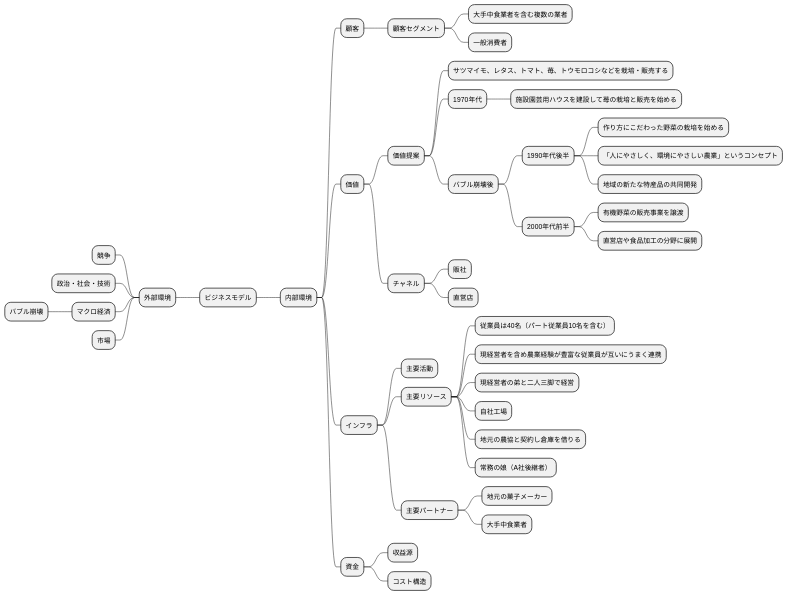
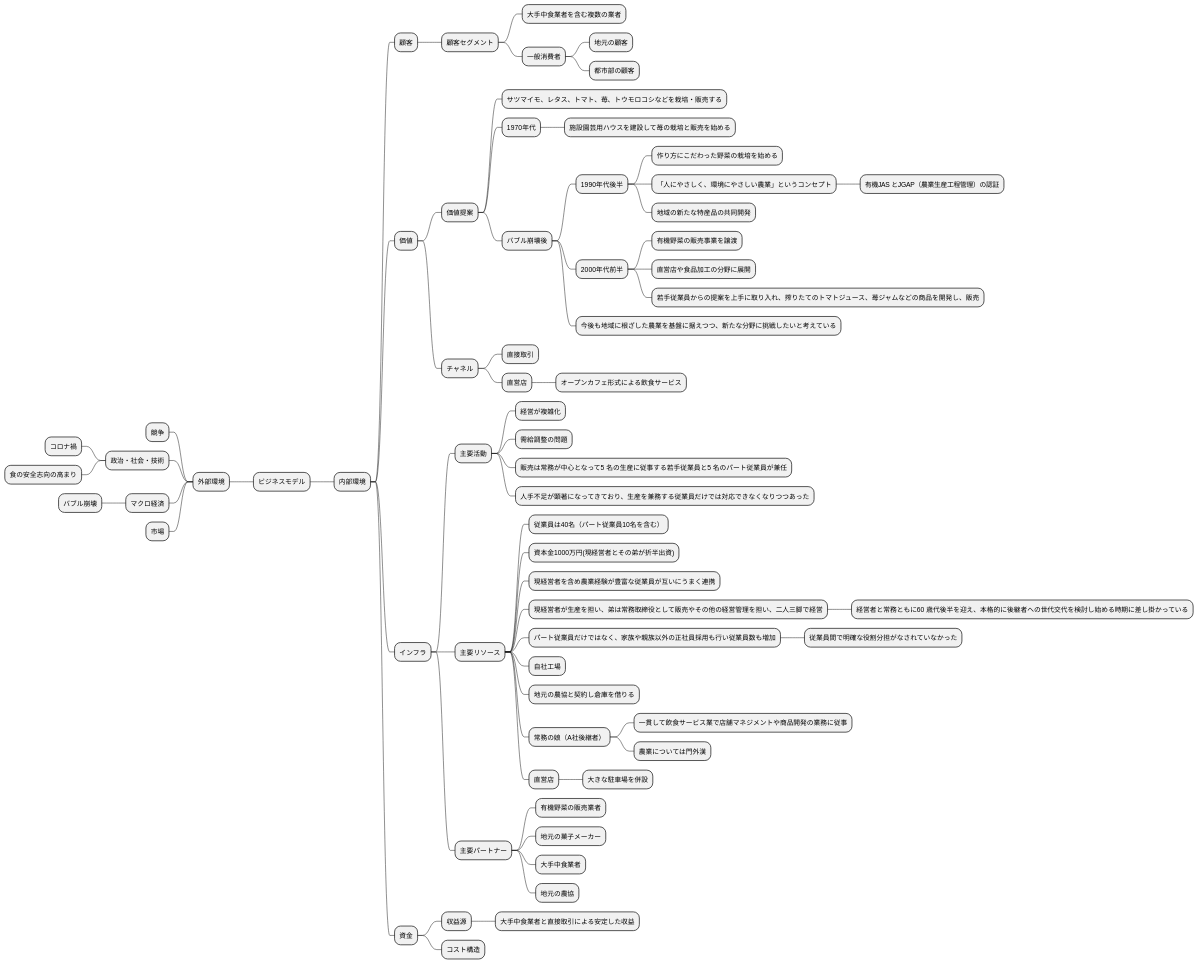
The seventh of 15 diagrams in docs/R04/study/take01.md (k2works/requirements_definition_excercise), drawn with PlantUML before and after one commit. The commit also changed other lines of this file, not shown here.

````diff
--- a/docs/R04/study/take01.md
+++ b/docs/R04/study/take01.md
@@ -89,47 +181,70 @@
 ```plantuml
 @startmindmap
 * ビジネスモデル
 -- 外部環境
 --- 競争
 --- 政治・社会・技術
+---- コロナ禍
+---- 食の安全志向の高まり
 --- マクロ経済
 ---- バブル崩壊
 --- 市場
 ** 内部環境
 *** 顧客
 **** 顧客セグメント
 ***** 大手中食業者を含む複数の業者
 ***** 一般消費者
+****** 地元の顧客
+****** 都市部の顧客
 *** 価値
 **** 価値提案
 ***** サツマイモ、レタス、トマト、苺、トウモロコシなどを栽培・販売する
 ***** 1970年代
 ****** 施設園芸用ハウスを建設して苺の栽培と販売を始める
 ***** バブル崩壊後
 ****** 1990年代後半
 ******* 作り方にこだわった野菜の栽培を始める
 ******* 「人にやさしく、環境にやさしい農業」というコンセプト
+******** 有機JAS とJGAP（農業生産工程管理）の認証
 ******* 地域の新たな特産品の共同開発
 ****** 2000年代前半
 ******* 有機野菜の販売事業を譲渡
 ******* 直営店や食品加工の分野に展開
+******* 若手従業員からの提案を上手に取り入れ、搾りたてのトマトジュース、苺ジャムなどの商品を開発し、販売
+****** 今後も地域に根ざした農業を基盤に据えつつ、新たな分野に挑戦したいと考えている
 **** チャネル
-***** 販社
+***** 直接取引
 ***** 直営店
+****** オープンカフェ形式による飲食サービス
 *** インフラ
 **** 主要活動
+***** 経営が複雑化
+***** 需給調整の問題
+***** 販売は常務が中心となって5 名の生産に従事する若手従業員と5 名のパート従業員が兼任
+***** 人手不足が顕著になってきており、生産を兼務する従業員だけでは対応できなくなりつつあった
 **** 主要リソース
 ***** 従業員は40名（パート従業員10名を含む）
+***** 資本金1000万円(現経営者とその弟が折半出資)
 ***** 現経営者を含め農業経験が豊富な従業員が互いにうまく連携
-***** 現経営者の弟と二人三脚で経営
+***** 現経営者が生産を担い、弟は常務取締役として販売やその他の経営管理を担い、二人三脚で経営
+****** 経営者と常務ともに60 歳代後半を迎え、本格的に後継者への世代交代を検討し始める時期に差し掛かっている
+***** パート従業員だけではなく、家族や親族以外の正社員採用も行い従業員数も増加
+****** 従業員間で明確な役割分担がなされていなかった
 ***** 自社工場
 ***** 地元の農協と契約し倉庫を借りる
 ***** 常務の娘（A社後継者）
+****** 一貫して飲食サービス業で店舗マネジメントや商品開発の業務に従事
+****** 農業については門外漢
+***** 直営店
+****** 大きな駐車場を併設
 **** 主要パートナー
+***** 有機野菜の販売業者
 ***** 地元の菓子メーカー
 ***** 大手中食業者
+***** 地元の農協
 *** 資金
 **** 収益源
+***** 大手中食業者と直接取引による安定した収益
 **** コスト構造
 @endmindmap
 ```
````
